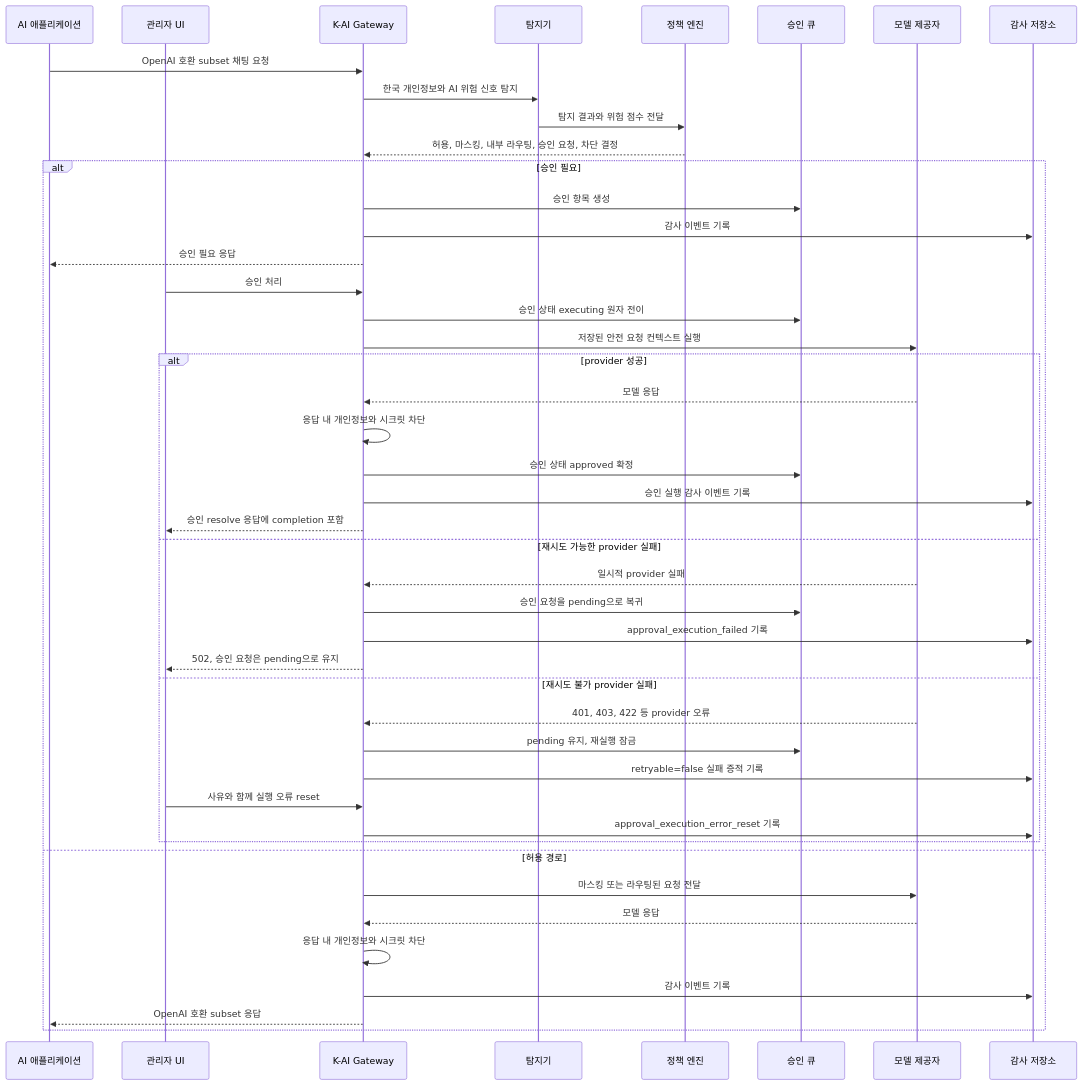
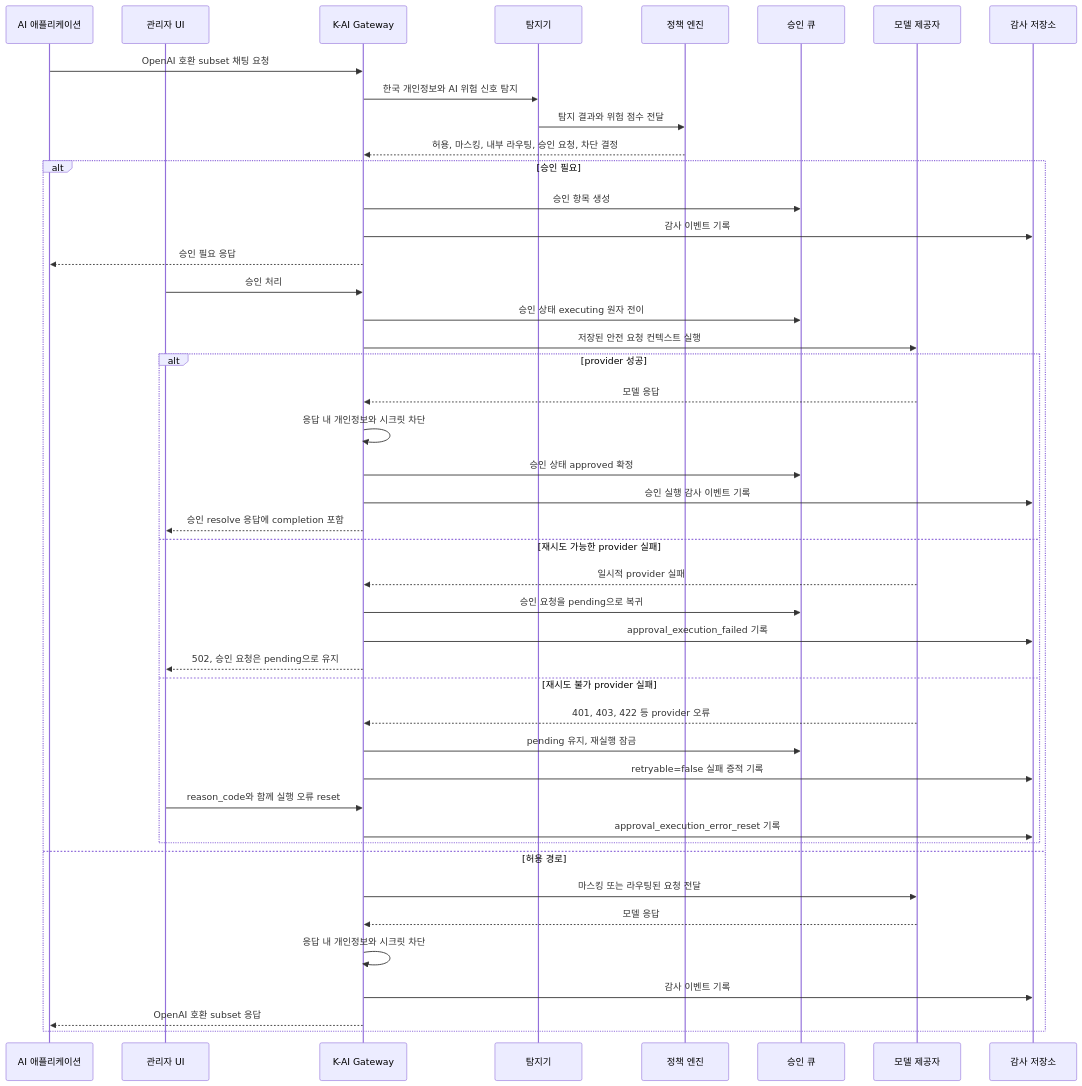
The second of 2 diagrams in README.ko.md (sinmb79/k-ai-security-gateway), drawn with Mermaid before and after one commit. The commit also changed other lines of this file and 12 other files, not shown here.

````diff
--- a/README.ko.md
+++ b/README.ko.md
@@ -67,48 +67,48 @@
 ```mermaid
 sequenceDiagram
     participant App as AI 애플리케이션
     participant Admin as 관리자 UI
     participant GW as K-AI Gateway
     participant D as 탐지기
     participant P as 정책 엔진
     participant Q as 승인 큐
     participant M as 모델 제공자
     participant A as 감사 저장소
 
     App->>GW: OpenAI 호환 subset 채팅 요청
     GW->>D: 한국 개인정보와 AI 위험 신호 탐지
     D->>P: 탐지 결과와 위험 점수 전달
     P-->>GW: 허용, 마스킹, 내부 라우팅, 승인 요청, 차단 결정
     alt 승인 필요
         GW->>Q: 승인 항목 생성
         GW->>A: 감사 이벤트 기록
         GW-->>App: 승인 필요 응답
         Admin->>GW: 승인 처리
         GW->>Q: 승인 상태 executing 원자 전이
         GW->>M: 저장된 안전 요청 컨텍스트 실행
         alt provider 성공
             M-->>GW: 모델 응답
             GW->>GW: 응답 내 개인정보와 시크릿 차단
             GW->>Q: 승인 상태 approved 확정
             GW->>A: 승인 실행 감사 이벤트 기록
             GW-->>Admin: 승인 resolve 응답에 completion 포함
         else 재시도 가능한 provider 실패
             M-->>GW: 일시적 provider 실패
             GW->>Q: 승인 요청을 pending으로 복귀
             GW->>A: approval_execution_failed 기록
             GW-->>Admin: 502, 승인 요청은 pending으로 유지
         else 재시도 불가 provider 실패
             M-->>GW: 401, 403, 422 등 provider 오류
             GW->>Q: pending 유지, 재실행 잠금
             GW->>A: retryable=false 실패 증적 기록
-            Admin->>GW: 사유와 함께 실행 오류 reset
+            Admin->>GW: reason_code와 함께 실행 오류 reset
             GW->>A: approval_execution_error_reset 기록
         end
     else 허용 경로
         GW->>M: 마스킹 또는 라우팅된 요청 전달
         M-->>GW: 모델 응답
         GW->>GW: 응답 내 개인정보와 시크릿 차단
         GW->>A: 감사 이벤트 기록
         GW-->>App: OpenAI 호환 subset 응답
     end
 ```
````
